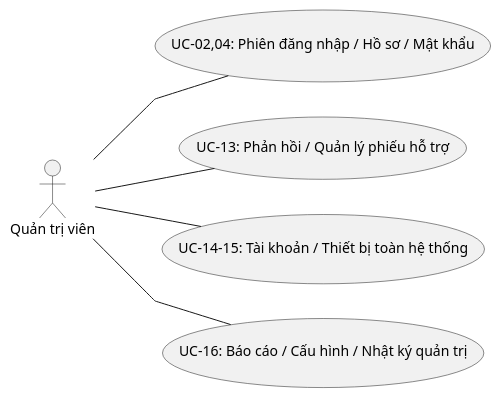
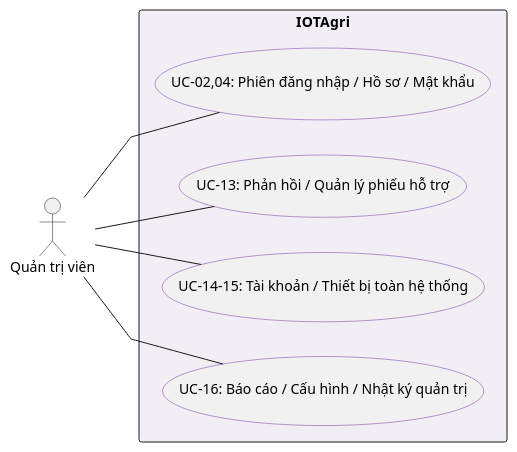
The third of 5 diagrams in docs/diagrams/use-case-overview.puml (huuanh1411/IOTAgri), drawn with PlantUML before and after one commit. The commit also changed other lines of this file and 17 other files, not shown here.

Commit message:
docs: match UML reference with actors outside system boundary

```diff
--- a/docs/diagrams/use-case-overview.puml
+++ b/docs/diagrams/use-case-overview.puml
@@ -35,17 +43,21 @@
 @startuml use-case-overview-admin
 left to right direction
 skinparam actorStyle stickman
 skinparam shadowing false
 skinparam linetype polyline
-' Một sơ đồ cho mỗi actor; không dùng khung bao.
-' SVG do render-use-cases.py xuất có actor ở giữa, use case tỏa ra hai bên.
+skinparam usecaseBorderColor #7138A0
+skinparam rectangleBackgroundColor #F1EEF5
+' Actor ở ngoài khung hệ thống; các use case bố trí so le bên trong.
+' SVG do render-use-cases.py xuất giữ bố cục theo hình mẫu UML.
 actor "Quản trị viên" as Admin
-usecase "UC-02,04: Phiên đăng nhập / Hồ sơ / Mật khẩu" as AdminUC1
-usecase "UC-13: Phản hồi / Quản lý phiếu hỗ trợ" as AdminUC2
-usecase "UC-14–15: Tài khoản / Thiết bị toàn hệ thống" as AdminUC3
-usecase "UC-16: Báo cáo / Cấu hình / Nhật ký quản trị" as AdminUC4
+rectangle "IOTAgri" {
+  usecase "UC-02,04: Phiên đăng nhập / Hồ sơ / Mật khẩu" as AdminUC1
+  usecase "UC-13: Phản hồi / Quản lý phiếu hỗ trợ" as AdminUC2
+  usecase "UC-14–15: Tài khoản / Thiết bị toàn hệ thống" as AdminUC3
+  usecase "UC-16: Báo cáo / Cấu hình / Nhật ký quản trị" as AdminUC4
+}
 Admin -- AdminUC1
 Admin -- AdminUC2
 Admin -- AdminUC3
 Admin -- AdminUC4
 @enduml
```
